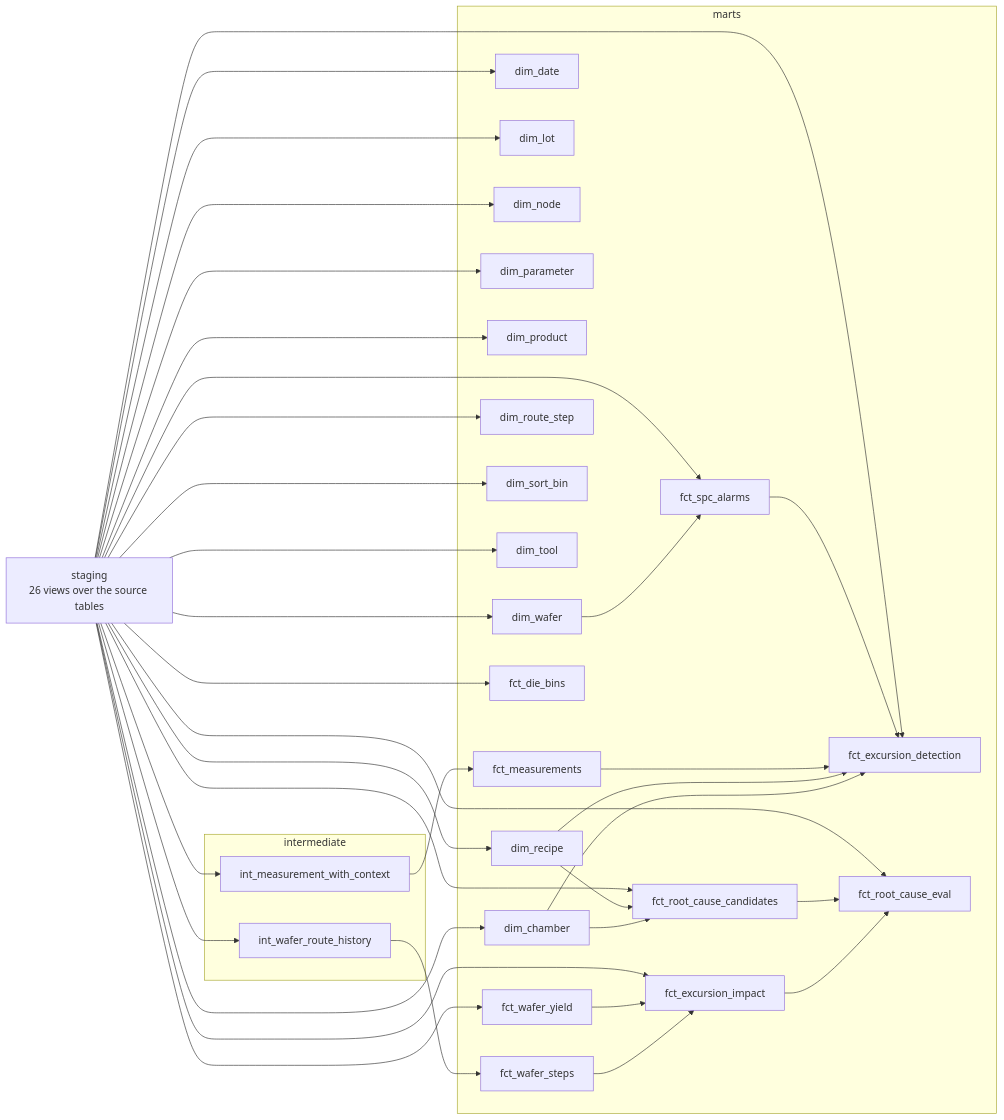
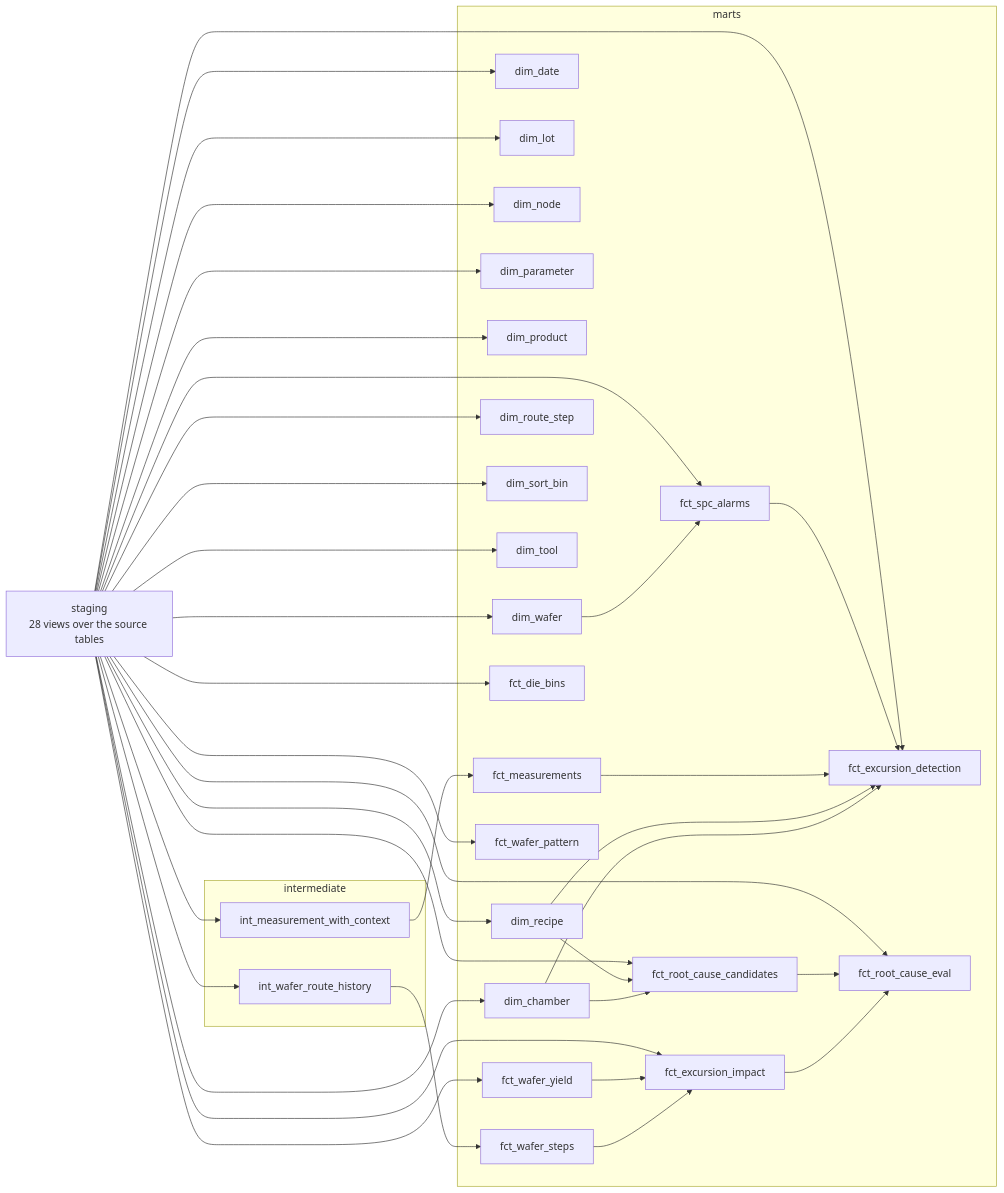
One commit to anson10/waferLens changed the diagram in docs/dbt.md. Above: the diagram before and after it, drawn with Mermaid. The commit also changed other lines of this file and 41 other files, not shown here.

````diff
--- a/docs/dbt.md
+++ b/docs/dbt.md
@@ -12,63 +12,65 @@
 ```mermaid
 flowchart LR
-    staging["staging<br/>26 views over the source tables"]
+    staging["staging<br/>28 views over the source tables"]
     subgraph intermediate_layer [intermediate]
         int_measurement_with_context
         int_wafer_route_history
     end
     subgraph marts_layer [marts]
         dim_chamber
         dim_date
         dim_lot
         dim_node
         dim_parameter
         dim_product
         dim_recipe
         dim_route_step
         dim_sort_bin
         dim_tool
         dim_wafer
         fct_die_bins
         fct_excursion_detection
         fct_excursion_impact
         fct_measurements
         fct_root_cause_candidates
         fct_root_cause_eval
         fct_spc_alarms
+        fct_wafer_pattern
         fct_wafer_steps
         fct_wafer_yield
     end
     dim_chamber --> fct_excursion_detection
     dim_chamber --> fct_root_cause_candidates
     dim_recipe --> fct_excursion_detection
     dim_recipe --> fct_root_cause_candidates
     dim_wafer --> fct_spc_alarms
     fct_excursion_impact --> fct_root_cause_eval
     fct_measurements --> fct_excursion_detection
     fct_root_cause_candidates --> fct_root_cause_eval
     fct_spc_alarms --> fct_excursion_detection
     fct_wafer_steps --> fct_excursion_impact
     fct_wafer_yield --> fct_excursion_impact
     int_measurement_with_context --> fct_measurements
     int_wafer_route_history --> fct_wafer_steps
     staging --> dim_chamber
     staging --> dim_date
     staging --> dim_lot
     staging --> dim_node
     staging --> dim_parameter
     staging --> dim_product
     staging --> dim_recipe
     staging --> dim_route_step
     staging --> dim_sort_bin
     staging --> dim_tool
     staging --> dim_wafer
     staging --> fct_die_bins
     staging --> fct_excursion_detection
     staging --> fct_excursion_impact
     staging --> fct_root_cause_candidates
     staging --> fct_root_cause_eval
     staging --> fct_spc_alarms
+    staging --> fct_wafer_pattern
     staging --> fct_wafer_yield
     staging --> int_measurement_with_context
     staging --> int_wafer_route_history
 ```
````
